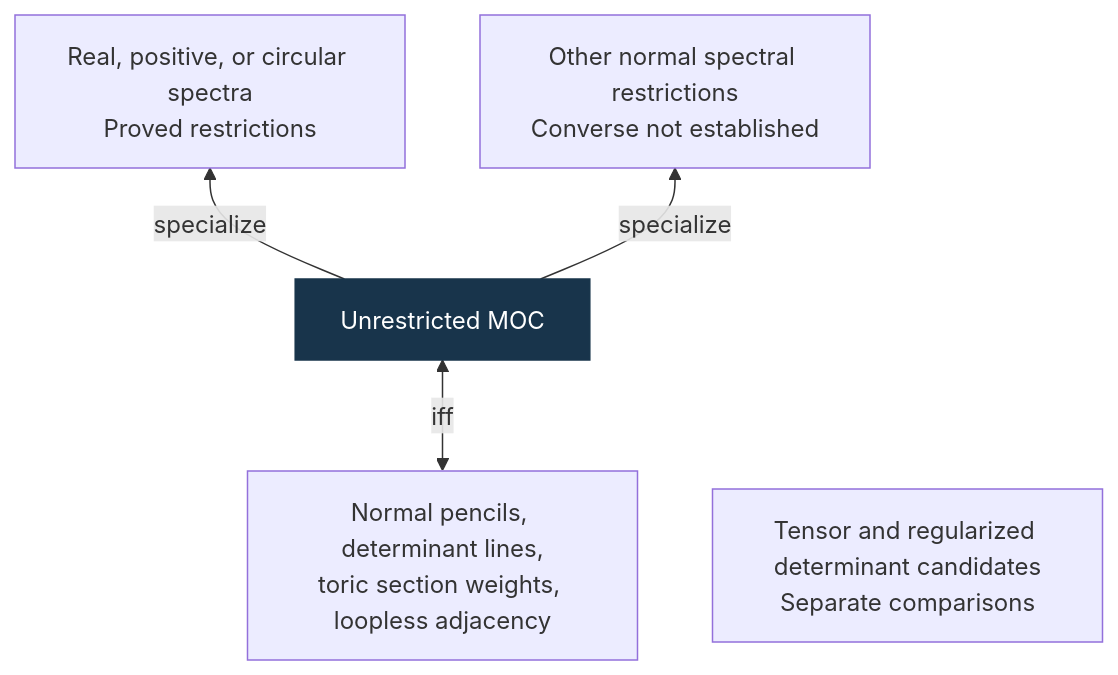
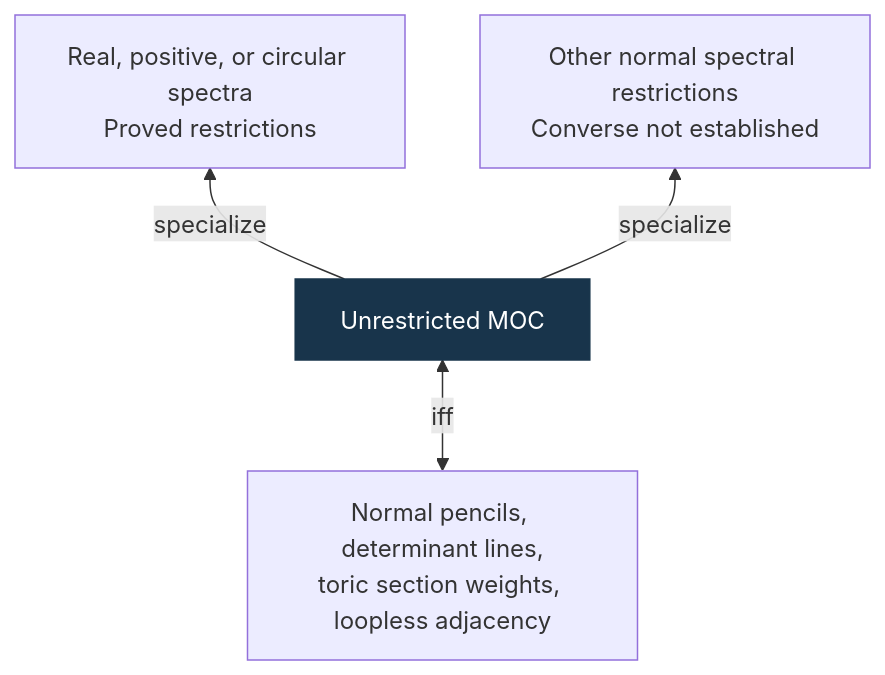
Before and after one commit to ascendnoosphere/MOC: the ninth of 12 diagrams in Docs/all-orders-proof-map.md, drawn with Mermaid. The commit also changed other lines of this file and 42 other files, not shown here.

````diff
--- a/Docs/all-orders-proof-map.md
+++ b/Docs/all-orders-proof-map.md
@@ -841,14 +688,13 @@
 ```mermaid
 flowchart BT
     accTitle: Determinant comparisons on realized spectra
-    accDescr: Some realizations give equivalent determinant comparisons. Others give only restrictions of MOC. The native product and regularization candidates need separate proofs and can fail.
+    accDescr: Some realizations give equivalent determinant comparisons. Others give only restrictions of MOC. Each converse requires the stated realization hypotheses.
     M["Unrestricted MOC"]:::goal
     N["Normal pencils, determinant lines,<br/>toric section weights, loopless adjacency"]
     E["Real, positive, or circular spectra<br/>Proved restrictions"]
     R["Other normal spectral restrictions<br/>Converse not established"]
-    X["Tensor and regularized determinant candidates<br/>Separate comparisons"]
     N <-->|iff| M
     M -->|specialize| E
     M -->|specialize| R
     classDef goal fill:#18344b,stroke:#18344b,color:#fff
 ```
````
